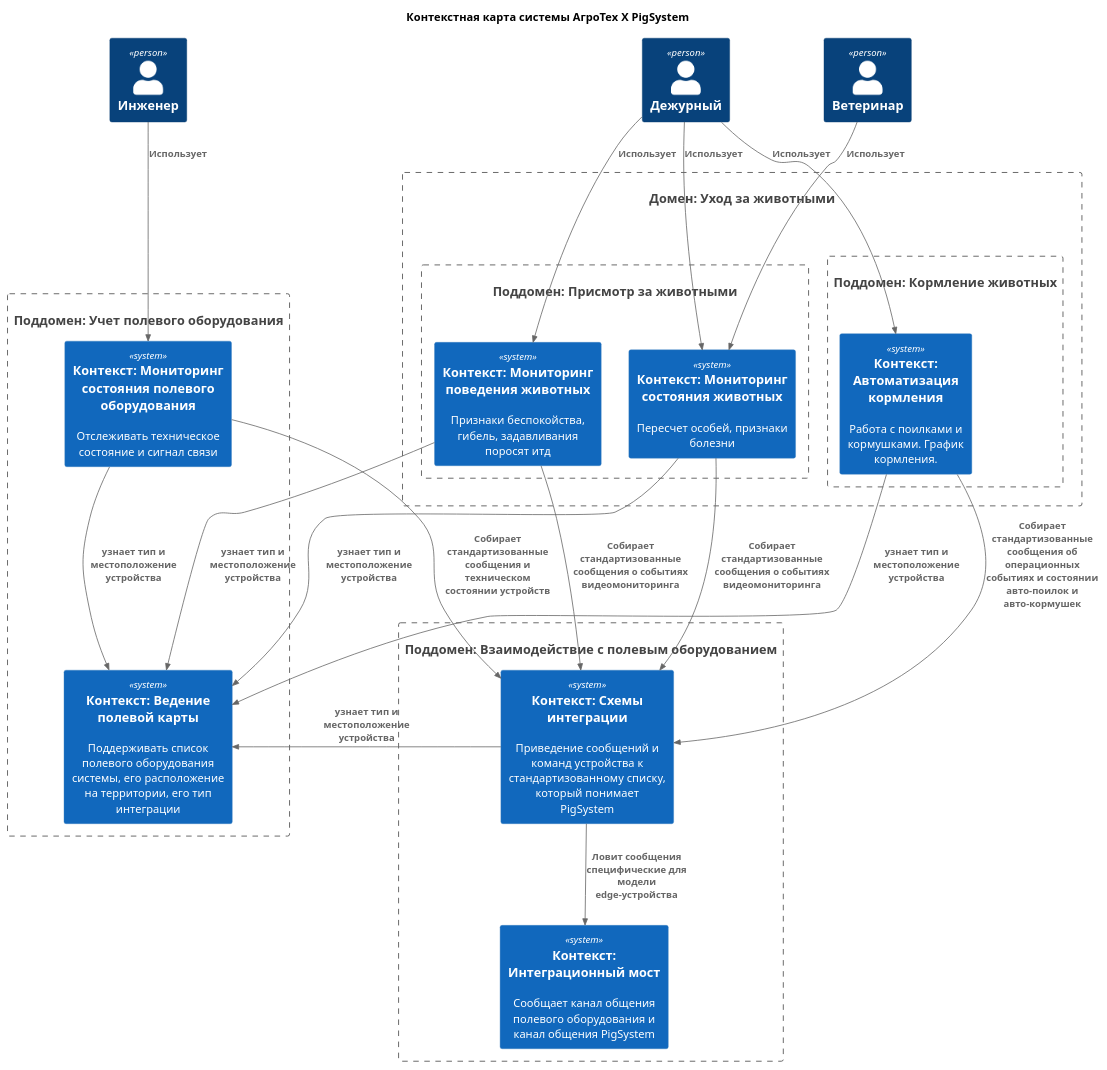
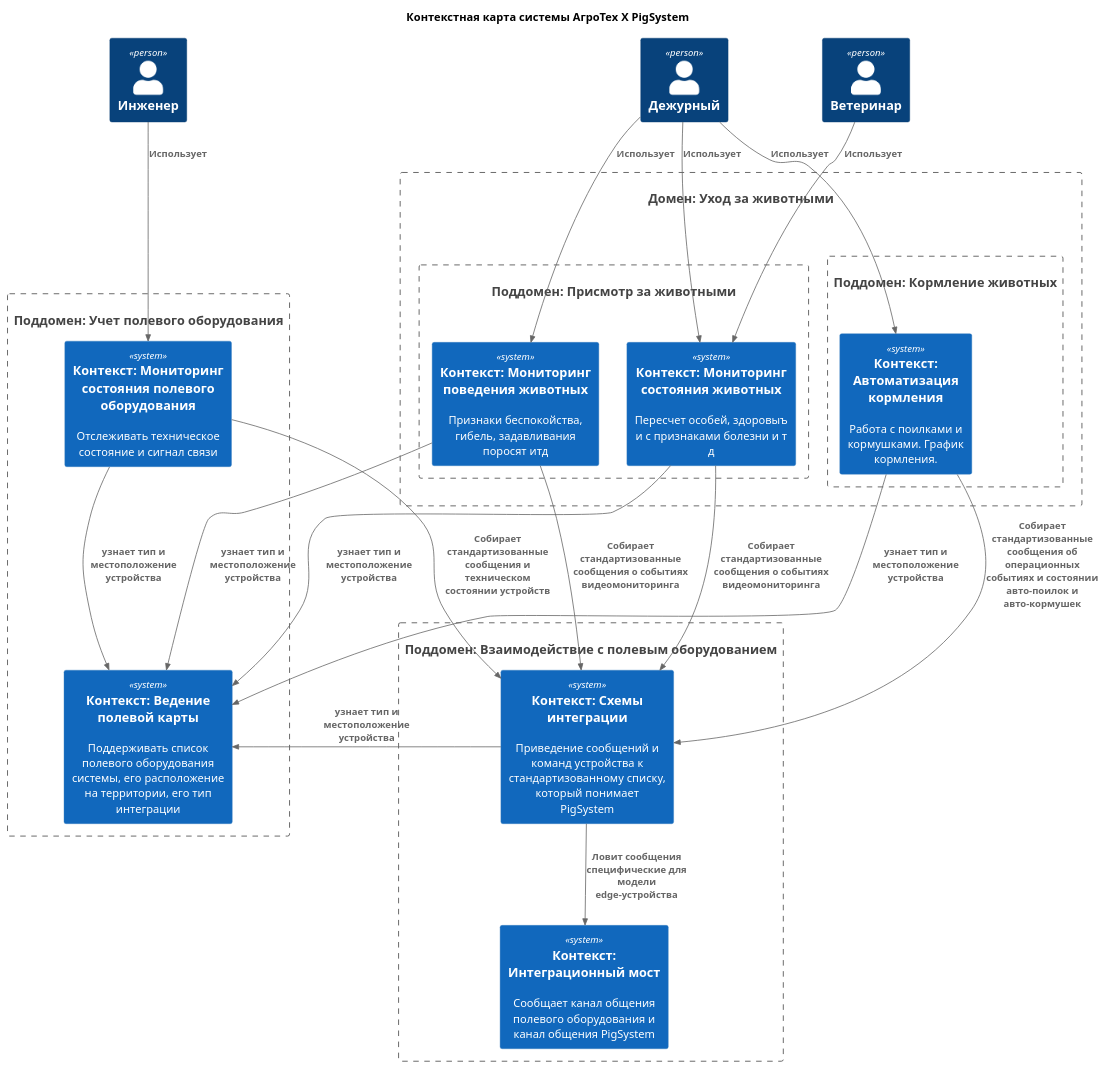
One commit to ane-ta/ms-agrotech changed the diagram in Task2/DDD-Context map-Automatization.puml. Above: the diagram before and after it, drawn with PlantUML. The commit also changed 1 other file, not shown here.

```diff
--- a/Task2/DDD-Context map-Automatization.puml
+++ b/Task2/DDD-Context map-Automatization.puml
@@ -1,60 +1,60 @@
 @startuml
 title Контекстная карта системы АгроТех Х PigSystem
 
 !includeurl https://raw.githubusercontent.com/RicardoNiepel/C4-PlantUML/master/C4_Component.puml
 
     Person(userEngineer, "Инженер")
     Person(userOnDuty, "Дежурный")
     Person(userVet, "Ветеринар")
 
        
         System(dEquipmentKnowledge, "Поддомен: Учет полевого оборудования", "")
         System_Boundary(dEquipmentKnowledge, ""){                
             System( sysEquipmentList, "Контекст: Ведение полевой карты", "Поддерживать список полевого оборудования системы, его расположение на территории, его тип интеграции")    
             System( sysEquipmentState, "Контекст: Мониторинг состояния полевого оборудования", "Отслеживать техническое состояние и сигнал связи")    
         }
 
         System(dEquipmentIntegration, "Поддомен: Взаимодействие с полевым оборудованием", "")
         System_Boundary(dEquipmentIntegration, ""){                
             
             System( sysEdgeData, "Контекст: Схемы интеграции", "Приведение сообщений и команд устройства к стандартизованному списку, который понимает PigSystem")    
             
             System( sysEdgeGateway, "Контекст: Интеграционный мост", "Сообщает канал общения полевого оборудования и канал общения PigSystem")    
         }        
 
     System(dPigs, "Домен: Уход за животными", " ")
     System_Boundary(dPigs, ""){ 
 
         System(dPigState, "Поддомен: Присмотр за животными", " ")
         System_Boundary(dPigState, ""){ 
             System( sysPigsBehaviour, "Контекст: Мониторинг поведения животных", "Признаки беспокойства, гибель, задавливания поросят итд")    
-            System( sysPigsState, "Контекст: Мониторинг состояния животных", "Пересчет особей, признаки болезни")
+            System( sysPigsState, "Контекст: Мониторинг состояния животных", "Пересчет особей, здоровыъ и с признаками болезни и т д")
         }
 
         System(dPigFeeding, "Поддомен: Кормление животных", " ")
         System_Boundary(dPigFeeding, ""){ 
             System( sysFeedingEquipment, "Контекст: Автоматизация кормления", "Работа с поилками и кормушками. График кормления.")    
         
         }
     }
 
     Rel(sysEdgeData, sysEdgeGateway,"Ловит сообщения специфические для модели edge-устройства")
     Rel(sysEquipmentState, sysEdgeData,"Собирает стандартизованные сообщения и техническом состоянии устройств")
     Rel(sysPigsBehaviour, sysEdgeData,"Собирает стандартизованные сообщения о событиях видеомониторинга")
     Rel(sysPigsState, sysEdgeData,"Собирает стандартизованные сообщения о событиях видеомониторинга")
     Rel(sysFeedingEquipment, sysEdgeData,"Собирает стандартизованные сообщения об операционных событиях и состоянии авто-поилок и авто-кормушек")
 
     Rel(userOnDuty, sysFeedingEquipment, "Использует")
     Rel(userOnDuty, sysPigsBehaviour, "Использует")
     Rel(userOnDuty, sysPigsState, "Использует")
     Rel(userEngineer, sysEquipmentState, "Использует")
     Rel(userVet, sysPigsState, "Использует")
 
     Rel(sysEquipmentState,sysEquipmentList,"узнает тип и местоположение устройства")
     Rel(sysEdgeData,sysEquipmentList,"узнает тип и местоположение устройства")
     Rel(sysPigsBehaviour,sysEquipmentList,"узнает тип и местоположение устройства")
     Rel(sysPigsState,sysEquipmentList,"узнает тип и местоположение устройства")
     Rel(sysFeedingEquipment,sysEquipmentList,"узнает тип и местоположение устройства")
 
 
 @enduml
```
